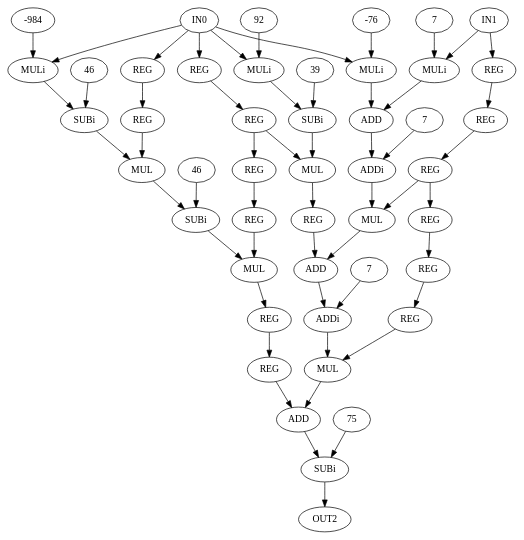
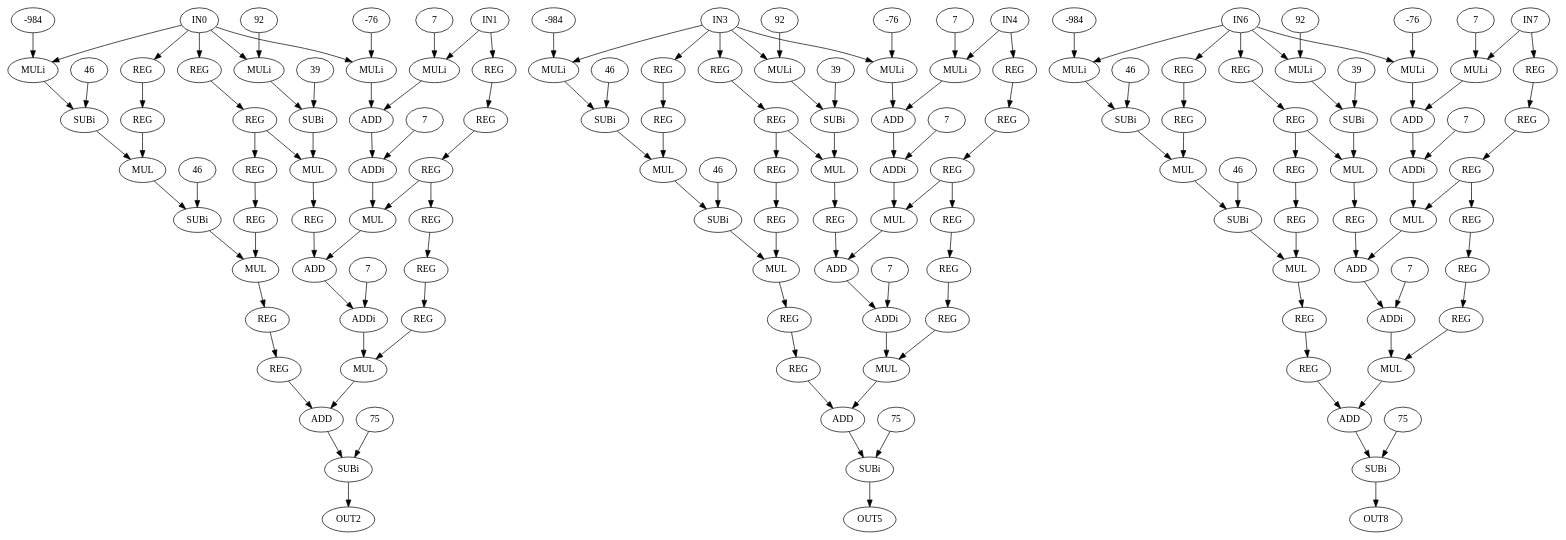
Before and after one commit to lesc-ufv/fdam: the diagram in fdam-samples/fdam-cgra-samples/cgra_128_radix8/sw/cpp/dot_dataflows/sgfilter.dot, drawn with Graphviz. The commit also changed 78 other files, not shown here.

```diff
--- a/fdam-samples/fdam-cgra-samples/cgra_128_radix8/sw/cpp/dot_dataflows/sgfilter.dot
+++ b/fdam-samples/fdam-cgra-samples/cgra_128_radix8/sw/cpp/dot_dataflows/sgfilter.dot
@@ -2,12 +2,12 @@
  0 [ label = IN0 ]
  1 [ label = IN1 ]
  2 [ label = OUT2 ]
- 3 [ label = REG]
- 4 [ label = REG]
- 5 [ label = REG]
- 6 [ label = REG]
- 7 [ label = REG]
- 8 [ label = REG]
+ 3 [ label = IN3 ]
+ 4 [ label = IN4 ]
+ 5 [ label = OUT5 ]
+ 6 [ label = IN6 ]
+ 7 [ label = IN7 ]
+ 8 [ label = OUT8 ]
  9 [ label = REG]
  10 [ label = REG]
  11 [ label = REG]
@@ -17,84 +17,280 @@
  15 [ label = REG]
  16 [ label = REG]
  17 [ label = REG]
- 18 [ label = MULi, VALUE = 92]
- "18.92"[ label = 92 ]
- 19 [ label = MULi, VALUE = -984]
- "19.-984"[ label = -984 ]
- 20 [ label = MULi, VALUE = -76]
- "20.-76"[ label = -76 ]
- 21 [ label = MULi, VALUE = 7]
- "21.7"[ label = 7 ]
- 22 [ label = SUBi, VALUE = 46]
- "22.46"[ label = 46 ]
- 23 [ label = SUBi, VALUE = 39]
- "23.39"[ label = 39 ]
- 24 [ label = ADD]
- 25 [ label = MUL]
- 26 [ label = MUL]
- 27 [ label = ADDi, VALUE = 7]
+ 18 [ label = REG]
+ 19 [ label = REG]
+ 20 [ label = REG]
+ 21 [ label = REG]
+ 22 [ label = REG]
+ 23 [ label = REG]
+ 24 [ label = MULi, VALUE = 92]
+ "24.92"[ label = 92 ]
+ 25 [ label = MULi, VALUE = -984]
+ "25.-984"[ label = -984 ]
+ 26 [ label = MULi, VALUE = -76]
+ "26.-76"[ label = -76 ]
+ 27 [ label = MULi, VALUE = 7]
  "27.7"[ label = 7 ]
  28 [ label = SUBi, VALUE = 46]
  "28.46"[ label = 46 ]
- 29 [ label = MUL]
- 30 [ label = MUL]
- 31 [ label = ADD]
- 32 [ label = ADDi, VALUE = 7]
- "32.7"[ label = 7 ]
- 33 [ label = MUL]
- 34 [ label = ADD]
- 35 [ label = SUBi, VALUE = 75]
- "35.75"[ label = 75 ]
- 0 -> 18
+ 29 [ label = SUBi, VALUE = 39]
+ "29.39"[ label = 39 ]
+ 30 [ label = ADD]
+ 31 [ label = MUL]
+ 32 [ label = MUL]
+ 33 [ label = ADDi, VALUE = 7]
+ "33.7"[ label = 7 ]
+ 34 [ label = SUBi, VALUE = 46]
+ "34.46"[ label = 46 ]
+ 35 [ label = MUL]
+ 36 [ label = MUL]
+ 37 [ label = ADD]
+ 38 [ label = ADDi, VALUE = 7]
+ "38.7"[ label = 7 ]
+ 39 [ label = MUL]
+ 40 [ label = ADD]
+ 41 [ label = SUBi, VALUE = 75]
+ "41.75"[ label = 75 ]
+ 42 [ label = REG]
+ 43 [ label = REG]
+ 44 [ label = REG]
+ 45 [ label = REG]
+ 46 [ label = REG]
+ 47 [ label = REG]
+ 48 [ label = REG]
+ 49 [ label = REG]
+ 50 [ label = REG]
+ 51 [ label = REG]
+ 52 [ label = REG]
+ 53 [ label = REG]
+ 54 [ label = REG]
+ 55 [ label = REG]
+ 56 [ label = REG]
+ 57 [ label = MULi, VALUE = 92]
+ "57.92"[ label = 92 ]
+ 58 [ label = MULi, VALUE = -984]
+ "58.-984"[ label = -984 ]
+ 59 [ label = MULi, VALUE = -76]
+ "59.-76"[ label = -76 ]
+ 60 [ label = MULi, VALUE = 7]
+ "60.7"[ label = 7 ]
+ 61 [ label = SUBi, VALUE = 46]
+ "61.46"[ label = 46 ]
+ 62 [ label = SUBi, VALUE = 39]
+ "62.39"[ label = 39 ]
+ 63 [ label = ADD]
+ 64 [ label = MUL]
+ 65 [ label = MUL]
+ 66 [ label = ADDi, VALUE = 7]
+ "66.7"[ label = 7 ]
+ 67 [ label = SUBi, VALUE = 46]
+ "67.46"[ label = 46 ]
+ 68 [ label = MUL]
+ 69 [ label = MUL]
+ 70 [ label = ADD]
+ 71 [ label = ADDi, VALUE = 7]
+ "71.7"[ label = 7 ]
+ 72 [ label = MUL]
+ 73 [ label = ADD]
+ 74 [ label = SUBi, VALUE = 75]
+ "74.75"[ label = 75 ]
+ 75 [ label = REG]
+ 76 [ label = REG]
+ 77 [ label = REG]
+ 78 [ label = REG]
+ 79 [ label = REG]
+ 80 [ label = REG]
+ 81 [ label = REG]
+ 82 [ label = REG]
+ 83 [ label = REG]
+ 84 [ label = REG]
+ 85 [ label = REG]
+ 86 [ label = REG]
+ 87 [ label = REG]
+ 88 [ label = REG]
+ 89 [ label = REG]
+ 90 [ label = MULi, VALUE = 92]
+ "90.92"[ label = 92 ]
+ 91 [ label = MULi, VALUE = -984]
+ "91.-984"[ label = -984 ]
+ 92 [ label = MULi, VALUE = -76]
+ "92.-76"[ label = -76 ]
+ 93 [ label = MULi, VALUE = 7]
+ "93.7"[ label = 7 ]
+ 94 [ label = SUBi, VALUE = 46]
+ "94.46"[ label = 46 ]
+ 95 [ label = SUBi, VALUE = 39]
+ "95.39"[ label = 39 ]
+ 96 [ label = ADD]
+ 97 [ label = MUL]
+ 98 [ label = MUL]
+ 99 [ label = ADDi, VALUE = 7]
+ "99.7"[ label = 7 ]
+ 100 [ label = SUBi, VALUE = 46]
+ "100.46"[ label = 46 ]
+ 101 [ label = MUL]
+ 102 [ label = MUL]
+ 103 [ label = ADD]
+ 104 [ label = ADDi, VALUE = 7]
+ "104.7"[ label = 7 ]
+ 105 [ label = MUL]
+ 106 [ label = ADD]
+ 107 [ label = SUBi, VALUE = 75]
+ "107.75"[ label = 75 ]
+ 0 -> 24
+ 0 -> 25
+ 0 -> 26
  0 -> 19
- 0 -> 20
- 0 -> 13
- 0 -> 3
- 1 -> 21
- 1 -> 7
- 3 -> 4
- 4 -> 5
- 4 -> 26
- 5 -> 6
- 6 -> 30
- 7 -> 8
- 8 -> 9
+ 0 -> 9
+ 1 -> 27
+ 1 -> 13
+ 3 -> 57
+ 3 -> 58
+ 3 -> 59
+ 3 -> 52
+ 3 -> 42
+ 4 -> 60
+ 4 -> 46
+ 6 -> 90
+ 6 -> 91
+ 6 -> 92
+ 6 -> 85
+ 6 -> 75
+ 7 -> 93
+ 7 -> 79
  9 -> 10
- 9 -> 29
  10 -> 11
+ 10 -> 32
  11 -> 12
- 12 -> 33
+ 12 -> 36
  13 -> 14
- 14 -> 25
- 15 -> 31
+ 14 -> 15
+ 15 -> 16
+ 15 -> 35
  16 -> 17
- 17 -> 34
- "18.92" -> 18
- 18 -> 23
- "19.-984" -> 19
- 19 -> 22
- "20.-76" -> 20
- 20 -> 24
- "21.7" -> 21
- 21 -> 24
- "22.46" -> 22
- 22 -> 25
- "23.39" -> 23
- 23 -> 26
- 24 -> 27
+ 17 -> 18
+ 18 -> 39
+ 19 -> 20
+ 20 -> 31
+ 21 -> 37
+ 22 -> 23
+ 23 -> 40
+ "24.92" -> 24
+ 24 -> 29
+ "25.-984" -> 25
  25 -> 28
- 26 -> 15
+ "26.-76" -> 26
+ 26 -> 30
  "27.7" -> 27
- 27 -> 29
+ 27 -> 30
  "28.46" -> 28
- 28 -> 30
- 29 -> 31
- 30 -> 16
- 31 -> 32
- "32.7" -> 32
- 32 -> 33
- 33 -> 34
- 34 -> 35
- "35.75" -> 35
- 35 -> 2
+ 28 -> 31
+ "29.39" -> 29
+ 29 -> 32
+ 30 -> 33
+ 31 -> 34
+ 32 -> 21
+ "33.7" -> 33
+ 33 -> 35
+ "34.46" -> 34
+ 34 -> 36
+ 35 -> 37
+ 36 -> 22
+ 37 -> 38
+ "38.7" -> 38
+ 38 -> 39
+ 39 -> 40
+ 40 -> 41
+ "41.75" -> 41
+ 41 -> 2
+ 42 -> 43
+ 43 -> 44
+ 43 -> 65
+ 44 -> 45
+ 45 -> 69
+ 46 -> 47
+ 47 -> 48
+ 48 -> 49
+ 48 -> 68
+ 49 -> 50
+ 50 -> 51
+ 51 -> 72
+ 52 -> 53
+ 53 -> 64
+ 54 -> 70
+ 55 -> 56
+ 56 -> 73
+ "57.92" -> 57
+ 57 -> 62
+ "58.-984" -> 58
+ 58 -> 61
+ "59.-76" -> 59
+ 59 -> 63
+ "60.7" -> 60
+ 60 -> 63
+ "61.46" -> 61
+ 61 -> 64
+ "62.39" -> 62
+ 62 -> 65
+ 63 -> 66
+ 64 -> 67
+ 65 -> 54
+ "66.7" -> 66
+ 66 -> 68
+ "67.46" -> 67
+ 67 -> 69
+ 68 -> 70
+ 69 -> 55
+ 70 -> 71
+ "71.7" -> 71
+ 71 -> 72
+ 72 -> 73
+ 73 -> 74
+ "74.75" -> 74
+ 74 -> 5
+ 75 -> 76
+ 76 -> 77
+ 76 -> 98
+ 77 -> 78
+ 78 -> 102
+ 79 -> 80
+ 80 -> 81
+ 81 -> 82
+ 81 -> 101
+ 82 -> 83
+ 83 -> 84
+ 84 -> 105
+ 85 -> 86
+ 86 -> 97
+ 87 -> 103
+ 88 -> 89
+ 89 -> 106
+ "90.92" -> 90
+ 90 -> 95
+ "91.-984" -> 91
+ 91 -> 94
+ "92.-76" -> 92
+ 92 -> 96
+ "93.7" -> 93
+ 93 -> 96
+ "94.46" -> 94
+ 94 -> 97
+ "95.39" -> 95
+ 95 -> 98
+ 96 -> 99
+ 97 -> 100
+ 98 -> 87
+ "99.7" -> 99
+ 99 -> 101
+ "100.46" -> 100
+ 100 -> 102
+ 101 -> 103
+ 102 -> 88
+ 103 -> 104
+ "104.7" -> 104
+ 104 -> 105
+ 105 -> 106
+ 106 -> 107
+ "107.75" -> 107
+ 107 -> 8
 }
```
